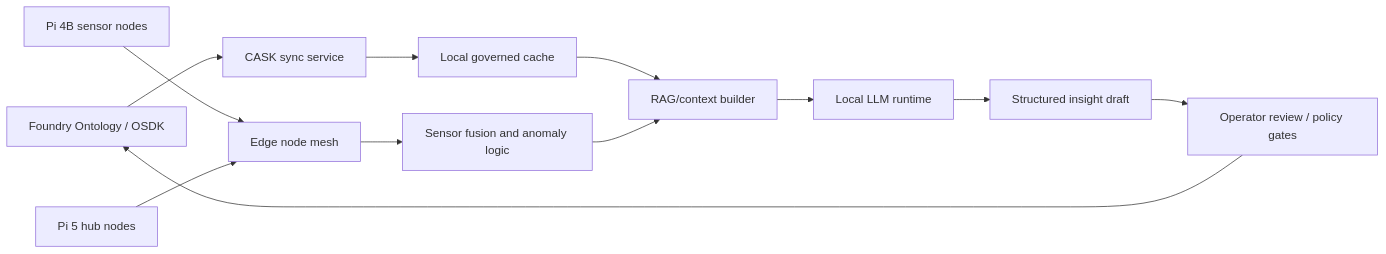
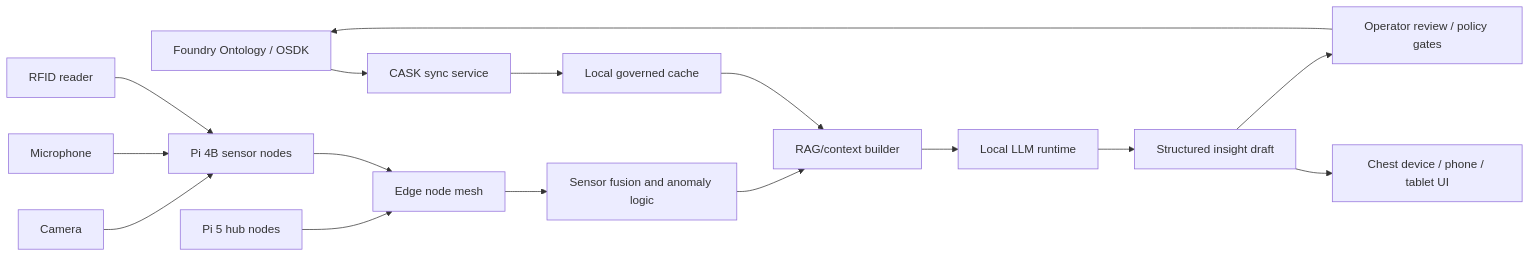
Before and after one commit to digitalnomd/altiair: the diagram in docs/cask-osdk-local-llm-brief.md, drawn with Mermaid. The commit also changed other lines of this file and 1 other file, not shown here.

````diff
--- a/docs/cask-osdk-local-llm-brief.md
+++ b/docs/cask-osdk-local-llm-brief.md
@@ -14,14 +17,18 @@
 ```mermaid
 flowchart LR
     Foundry["Foundry Ontology / OSDK"] --> Sync["CASK sync service"]
     Sync --> Cache["Local governed cache"]
+    Camera["Camera"] --> Pi4
+    Mic["Microphone"] --> Pi4
+    RFID["RFID reader"] --> Pi4
     Pi4["Pi 4B sensor nodes"] --> Mesh["Edge node mesh"]
     Pi5["Pi 5 hub nodes"] --> Mesh
     Mesh --> Fusion["Sensor fusion and anomaly logic"]
     Cache --> Context["RAG/context builder"]
     Fusion --> Context
     Context --> LLM["Local LLM runtime"]
     LLM --> Insight["Structured insight draft"]
+    Insight --> Chest["Chest device / phone / tablet UI"]
     Insight --> Review["Operator review / policy gates"]
     Review --> Foundry
 ```
````
